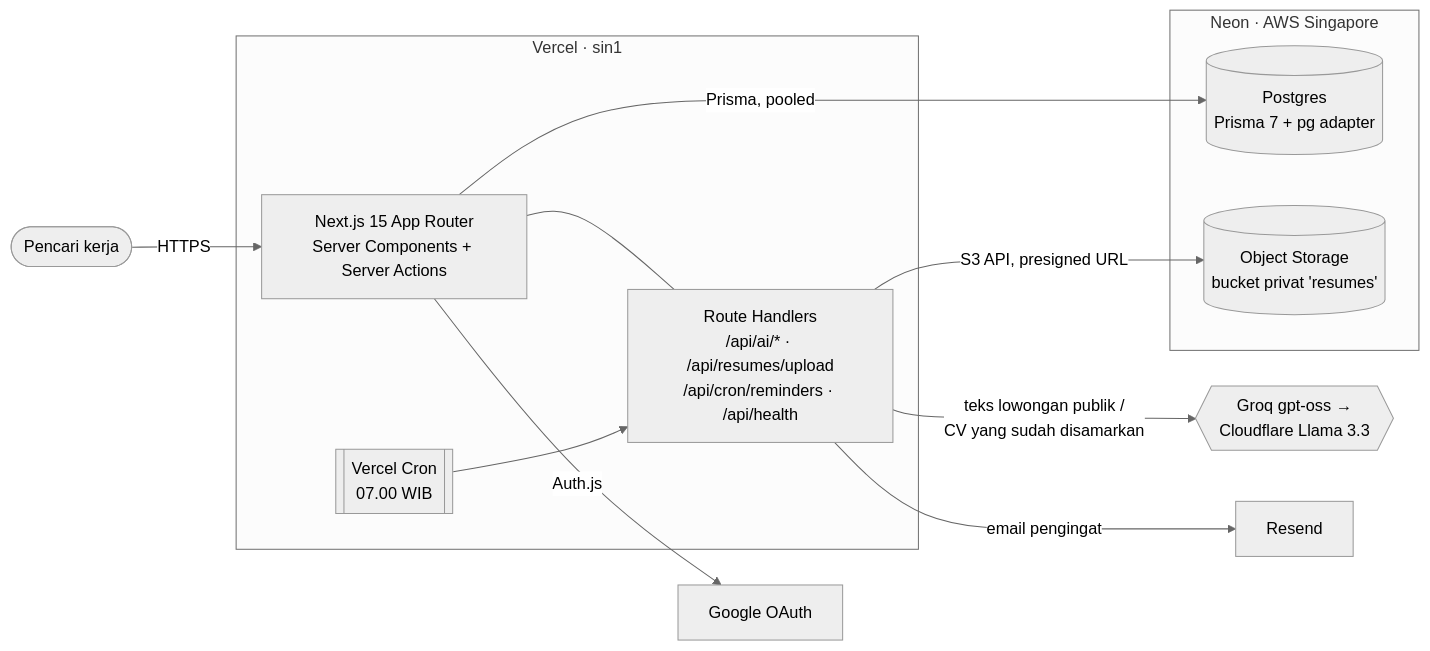
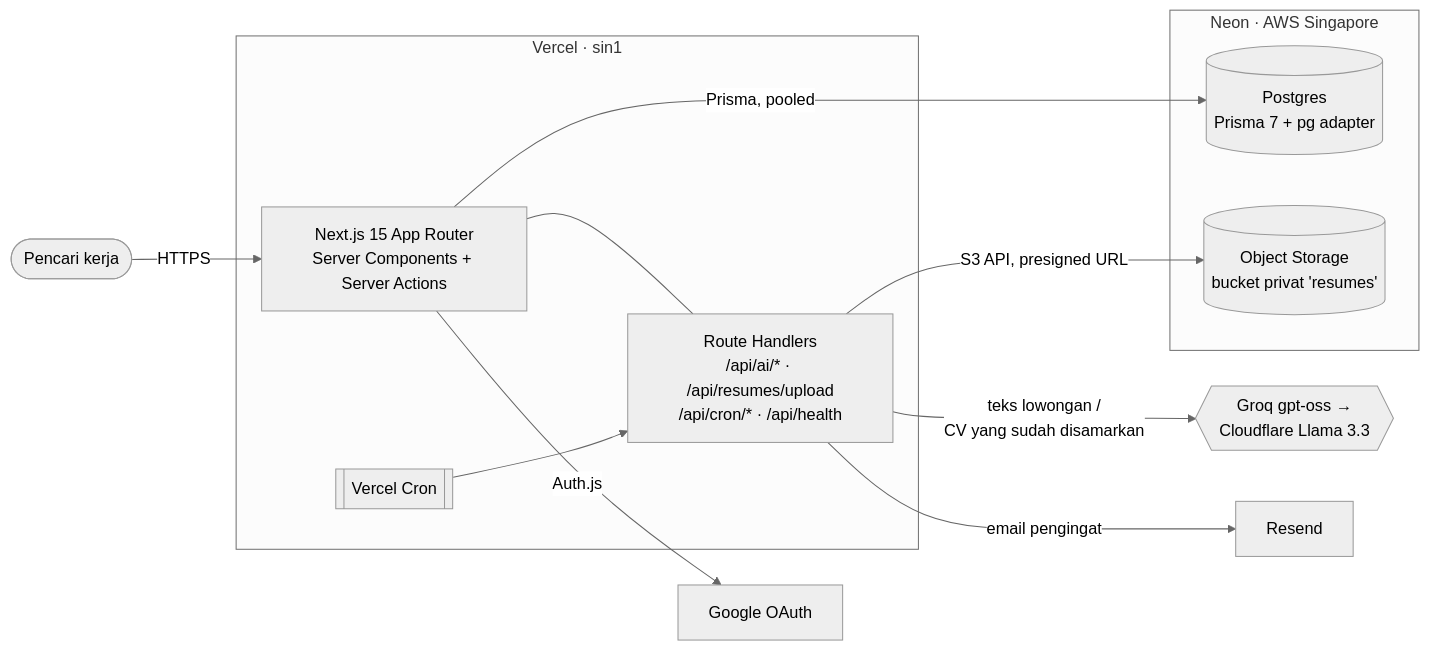
The first of 2 diagrams in README.md (ariefusry/lajur), drawn with Mermaid (neutral theme) before and after one commit. The commit also changed other lines of this file, not shown here.

````diff
--- a/README.md
+++ b/README.md
@@ -30,23 +30,23 @@
 ```mermaid
 flowchart LR
   user([Pencari kerja]) -->|HTTPS| app
 
   subgraph vercel[Vercel · sin1]
     app[Next.js 15 App Router<br/>Server Components + Server Actions]
-    api[Route Handlers<br/>/api/ai/* · /api/resumes/upload<br/>/api/cron/reminders · /api/health]
-    cron[[Vercel Cron<br/>07.00 WIB]]
+    api[Route Handlers<br/>/api/ai/* · /api/resumes/upload<br/>/api/cron/* · /api/health]
+    cron[[Vercel Cron]]
     app --- api
     cron --> api
   end
 
   subgraph neon[Neon · AWS Singapore]
     pg[(Postgres<br/>Prisma 7 + pg adapter)]
     s3[(Object Storage<br/>bucket privat 'resumes')]
   end
 
   app -->|Prisma, pooled| pg
   api -->|S3 API, presigned URL| s3
   app -->|Auth.js| google[Google OAuth]
-  api -->|teks lowongan publik /<br/>CV yang sudah disamarkan| llm{{Groq gpt-oss →<br/>Cloudflare Llama 3.3}}
+  api -->|teks lowongan /<br/>CV yang sudah disamarkan| llm{{Groq gpt-oss →<br/>Cloudflare Llama 3.3}}
   api -->|email pengingat| resend[Resend]
 ```
````
